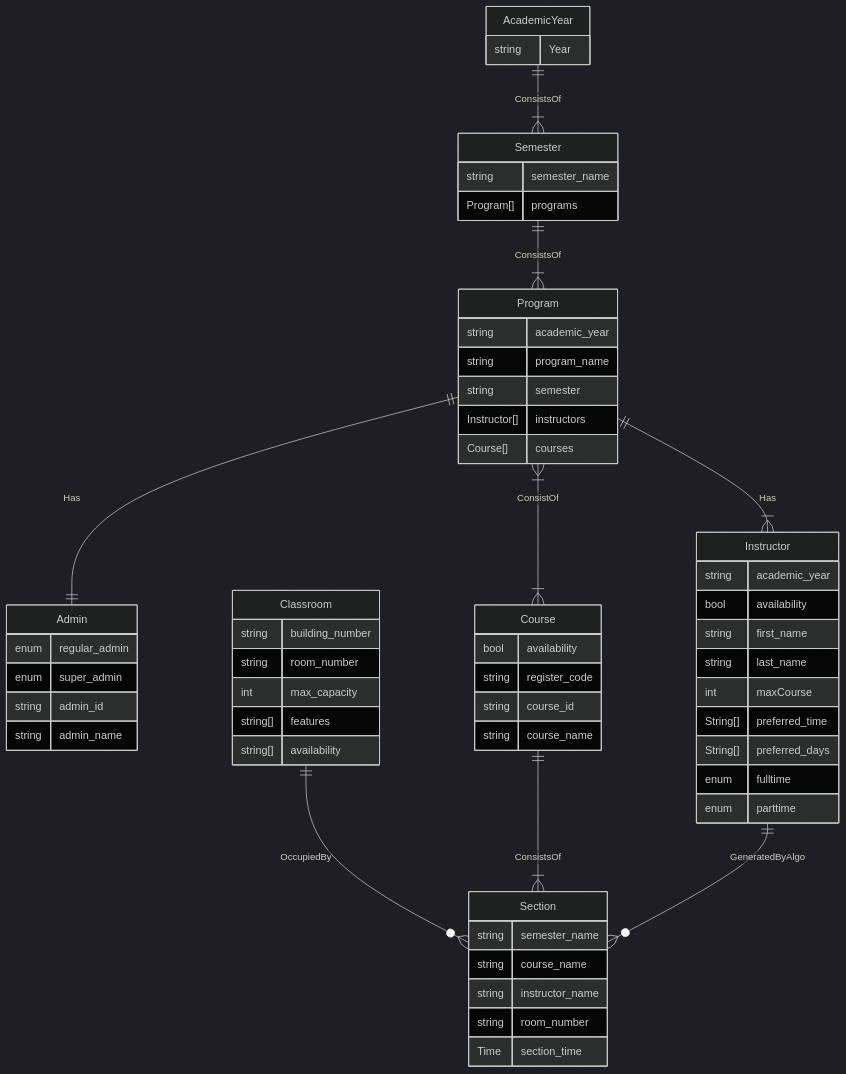
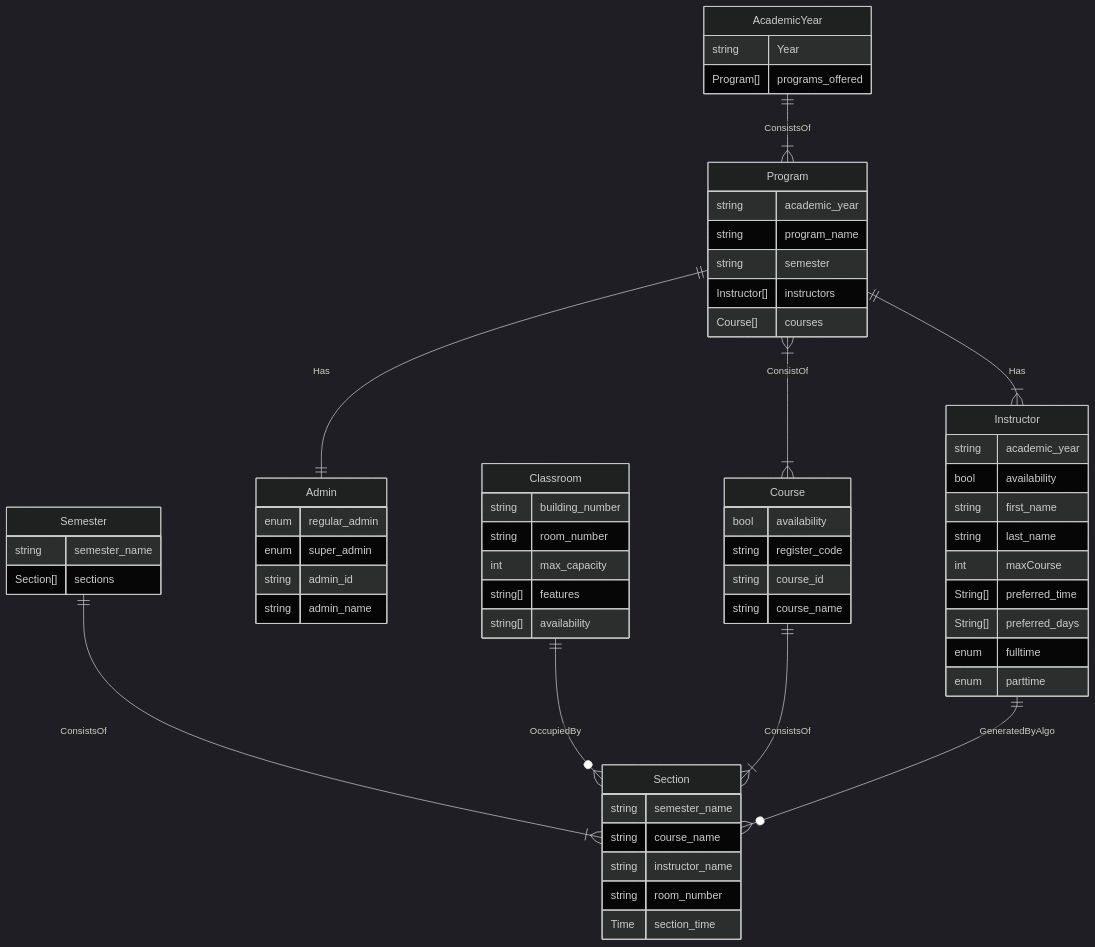
The diagram in README.md (BiTheDev/Course_Planning), drawn with Mermaid (dark theme) before and after one commit.

````diff
--- a/README.md
+++ b/README.md
@@ -40,77 +40,79 @@
 ```mermaid
 erDiagram
     AcademicYear{
         string Year
+        Program[] programs_offered
     }
-    AcademicYear || -- |{ Semester: ConsistsOf
 
-    Semester ||--|{ Program: ConsistsOf
+    AcademicYear || -- |{ Program: ConsistsOf
+
+    Semester ||--|{ Section: ConsistsOf
 
     Semester {
         string  semester_name
-        Program[] programs
+        Section[] sections
     }
 
     Program {
         string academic_year
         string program_name
         string semester
         Instructor[] instructors
         Course[] courses
         
     }
 
     Admin {
         enum regular_admin
         enum super_admin
         string admin_id
         string admin_name
     }
 
     Instructor {
         string academic_year
         bool availability
         string first_name
         string last_name
         int maxCourse
         String[] preferred_time
         String[] preferred_days
         enum fulltime
         enum parttime
     }
 
     Program ||--|| Admin: Has
     Program ||--|{ Instructor: Has
     Program }|--|{ Course: ConsistOf
 
     Course {
         bool availability
         string register_code
         string course_id
         string course_name
     }
 
 
     Classroom{
         string building_number
         string room_number
         int max_capacity
         string[] features
         string[] availability
 
     } 
     Classroom ||--o{ Section: OccupiedBy
 
     Section {
         string semester_name
         string course_name
         string instructor_name
         string room_number
         Time section_time
 
     }
     Course||--|{ Section: ConsistsOf 
 
     Instructor ||--o{ Section: GeneratedByAlgo
 
 ```
````
